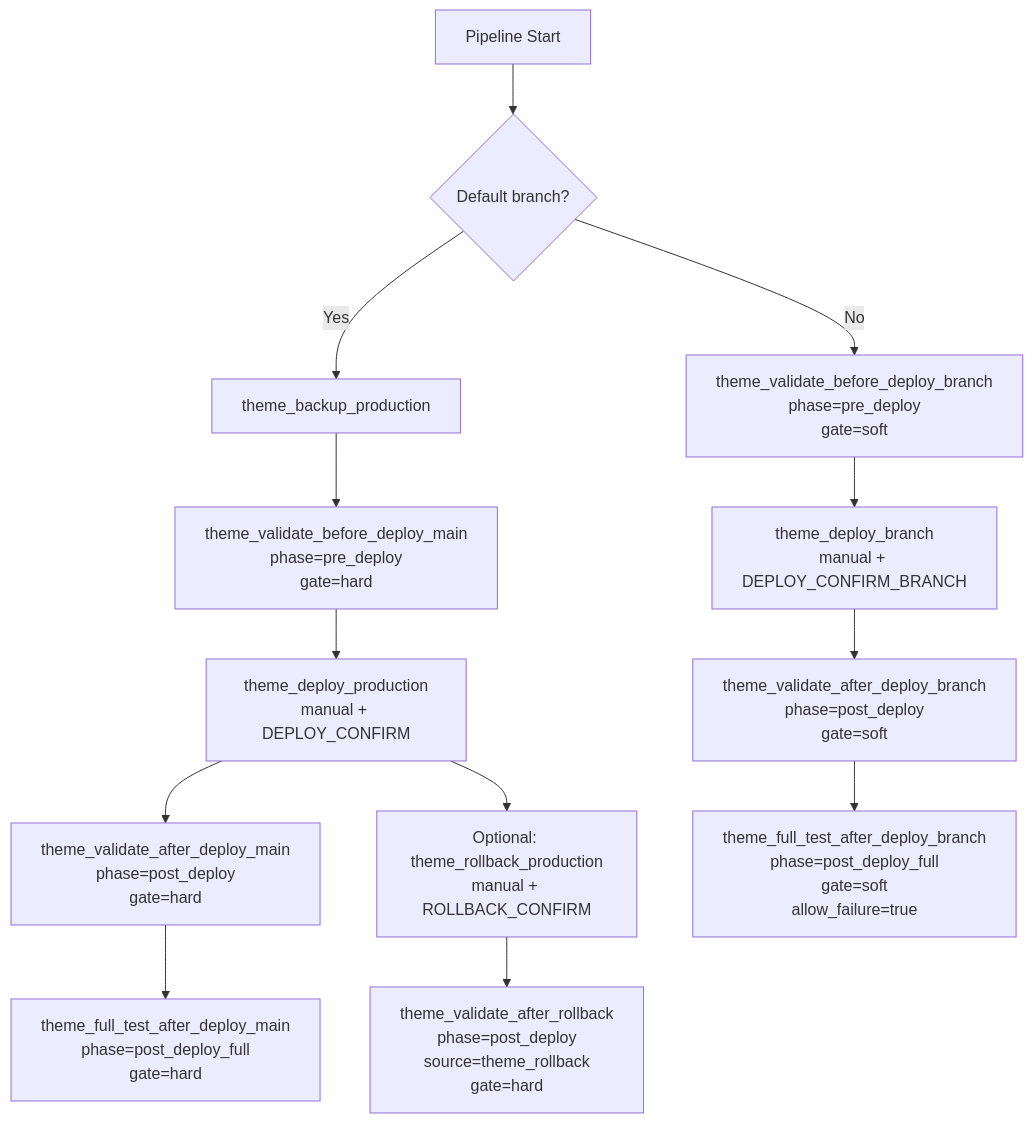
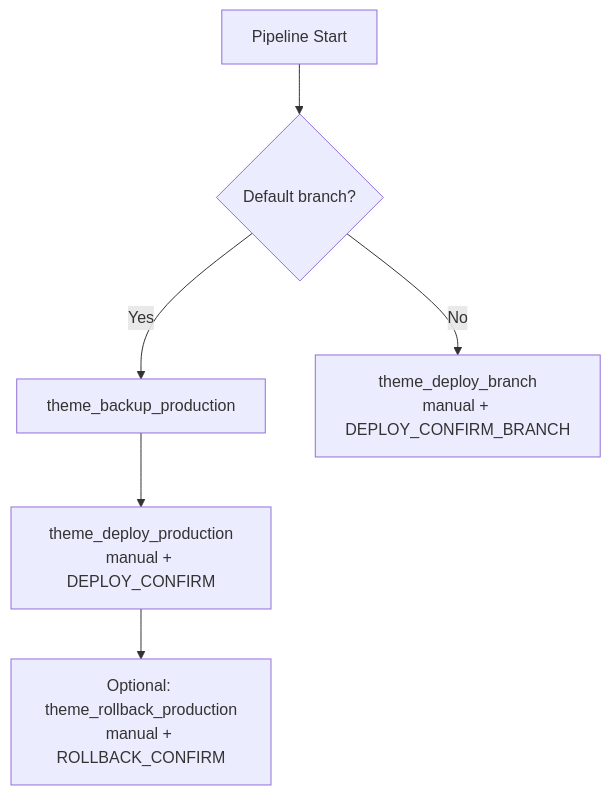
The diagram in DOCUMENTATION.md (Janardhanan-Kalidas/FPS_ZD_SKC_PE), drawn with Mermaid before and after one commit. The commit also changed other lines of this file and 3 other files, not shown here.

Commit message:
chore(deploy): remove external validation orchestration from theme repo

````diff
--- a/DOCUMENTATION.md
+++ b/DOCUMENTATION.md
@@ -54,18 +55,10 @@
 ```mermaid
 flowchart TD
-   A[Pipeline Start] --> B{Default branch?}
+    A[Pipeline Start] --> B{Default branch?}
 
-   B -->|Yes| C[theme_backup_production]
-   C --> D[theme_validate_before_deploy_main\nphase=pre_deploy\ngate=hard]
-   D --> E[theme_deploy_production\nmanual + DEPLOY_CONFIRM]
-   E --> F[theme_validate_after_deploy_main\nphase=post_deploy\ngate=hard]
-   F --> G[theme_full_test_after_deploy_main\nphase=post_deploy_full\ngate=hard]
+    B -->|Yes| C[theme_backup_production]
+    C --> D[theme_deploy_production\nmanual + DEPLOY_CONFIRM]
+    D --> E[Optional: theme_rollback_production\nmanual + ROLLBACK_CONFIRM]
 
-   B -->|No| H[theme_validate_before_deploy_branch\nphase=pre_deploy\ngate=soft]
-   H --> I[theme_deploy_branch\nmanual + DEPLOY_CONFIRM_BRANCH]
-   I --> J[theme_validate_after_deploy_branch\nphase=post_deploy\ngate=soft]
-   J --> K[theme_full_test_after_deploy_branch\nphase=post_deploy_full\ngate=soft\nallow_failure=true]
-
-   E --> L[Optional: theme_rollback_production\nmanual + ROLLBACK_CONFIRM]
-   L --> M[theme_validate_after_rollback\nphase=post_deploy\nsource=theme_rollback\ngate=hard]
+    B -->|No| F[theme_deploy_branch\nmanual + DEPLOY_CONFIRM_BRANCH]
 ```
````
